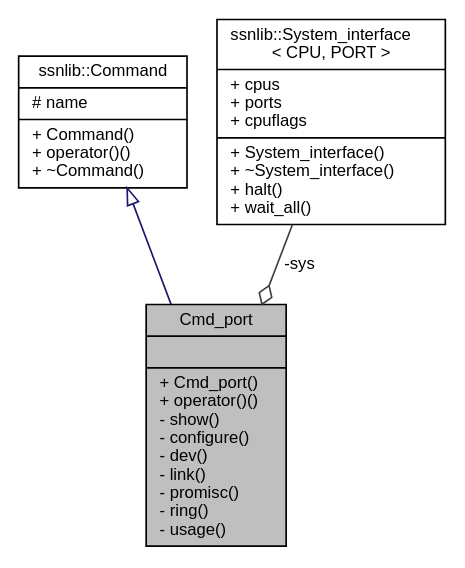
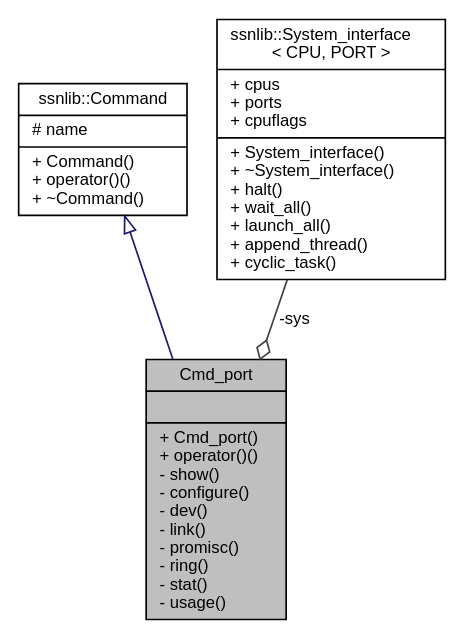
One commit to susanoog/susanoog.github.io changed the diagram in api/classCmd__port__coll__graph.dot. Above: the diagram before and after it, drawn with Graphviz. The commit also changed 131 other files, not shown here.

```diff
--- a/api/classCmd__port__coll__graph.dot
+++ b/api/classCmd__port__coll__graph.dot
@@ -1,10 +1,10 @@
 digraph "Cmd_port"
 {
   edge [fontname="Helvetica",fontsize="10",labelfontname="Helvetica",labelfontsize="10"];
   node [fontname="Helvetica",fontsize="10",shape=record];
-  Node1 [label="{Cmd_port\n||+ Cmd_port()\l+ operator()()\l- show()\l- configure()\l- dev()\l- link()\l- promisc()\l- ring()\l- usage()\l}",height=0.2,width=0.4,color="black", fillcolor="grey75", style="filled", fontcolor="black"];
+  Node1 [label="{Cmd_port\n||+ Cmd_port()\l+ operator()()\l- show()\l- configure()\l- dev()\l- link()\l- promisc()\l- ring()\l- stat()\l- usage()\l}",height=0.2,width=0.4,color="black", fillcolor="grey75", style="filled", fontcolor="black"];
   Node2 -> Node1 [dir="back",color="midnightblue",fontsize="10",style="solid",arrowtail="onormal",fontname="Helvetica"];
   Node2 [label="{ssnlib::Command\n|# name\l|+ Command()\l+ operator()()\l+ ~Command()\l}",height=0.2,width=0.4,color="black", fillcolor="white", style="filled",URL="$classssnlib_1_1Command.html"];
   Node3 -> Node1 [color="grey25",fontsize="10",style="solid",label=" -sys" ,arrowhead="odiamond",fontname="Helvetica"];
-  Node3 [label="{ssnlib::System_interface\l\< CPU, PORT \>\n|+ cpus\l+ ports\l+ cpuflags\l|+ System_interface()\l+ ~System_interface()\l+ halt()\l+ wait_all()\l}",height=0.2,width=0.4,color="black", fillcolor="white", style="filled",URL="$classssnlib_1_1System__interface.html"];
+  Node3 [label="{ssnlib::System_interface\l\< CPU, PORT \>\n|+ cpus\l+ ports\l+ cpuflags\l|+ System_interface()\l+ ~System_interface()\l+ halt()\l+ wait_all()\l+ launch_all()\l+ append_thread()\l+ cyclic_task()\l}",height=0.2,width=0.4,color="black", fillcolor="white", style="filled",URL="$classssnlib_1_1System__interface.html"];
 }
```
